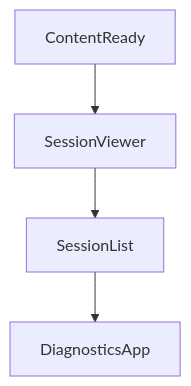
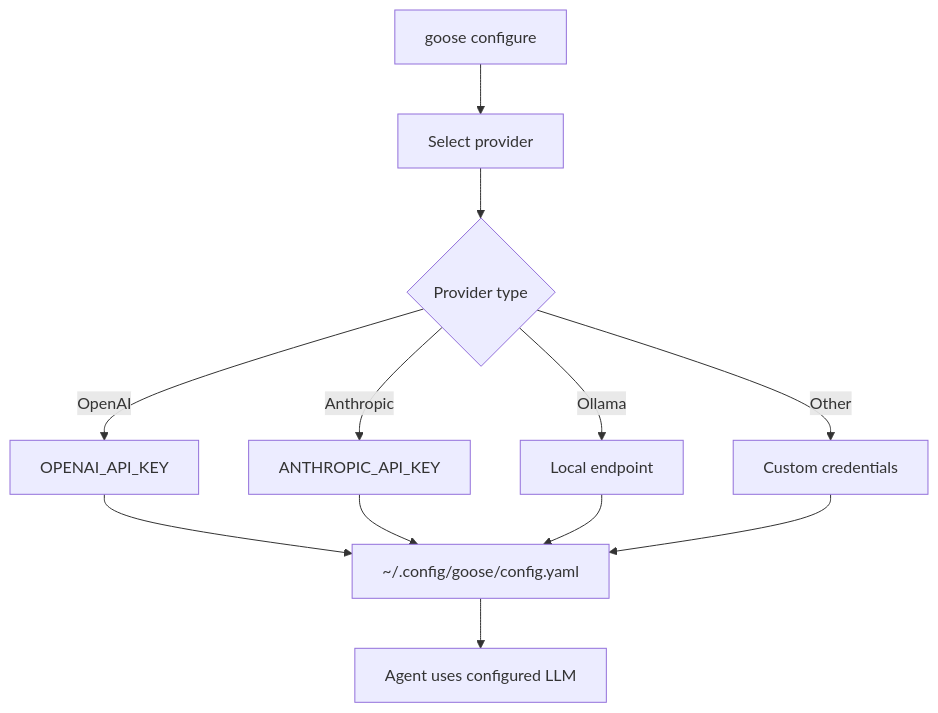
Before and after one commit to johnxie/awesome-code-docs: the second of 2 diagrams in tutorials/goose-tutorial/03-providers-and-model-routing.md, drawn with Mermaid. The commit also changed other lines of this file and 1232 other files, not shown here.

````diff
--- a/tutorials/goose-tutorial/03-providers-and-model-routing.md
+++ b/tutorials/goose-tutorial/03-providers-and-model-routing.md
@@ -237,10 +155,14 @@
 ```mermaid
 flowchart TD
-    A[ContentReady]
-    B[SessionViewer]
-    C[SessionList]
-    D[DiagnosticsApp]
-    A --> B
-    B --> C
-    C --> D
+    A[goose configure] --> B[Select provider]
+    B --> C{Provider type}
+    C -->|OpenAI| D[OPENAI_API_KEY]
+    C -->|Anthropic| E[ANTHROPIC_API_KEY]
+    C -->|Ollama| F[Local endpoint]
+    C -->|Other| G[Custom credentials]
+    D --> H[~/.config/goose/config.yaml]
+    E --> H
+    F --> H
+    G --> H
+    H --> I[Agent uses configured LLM]
 ```
````
